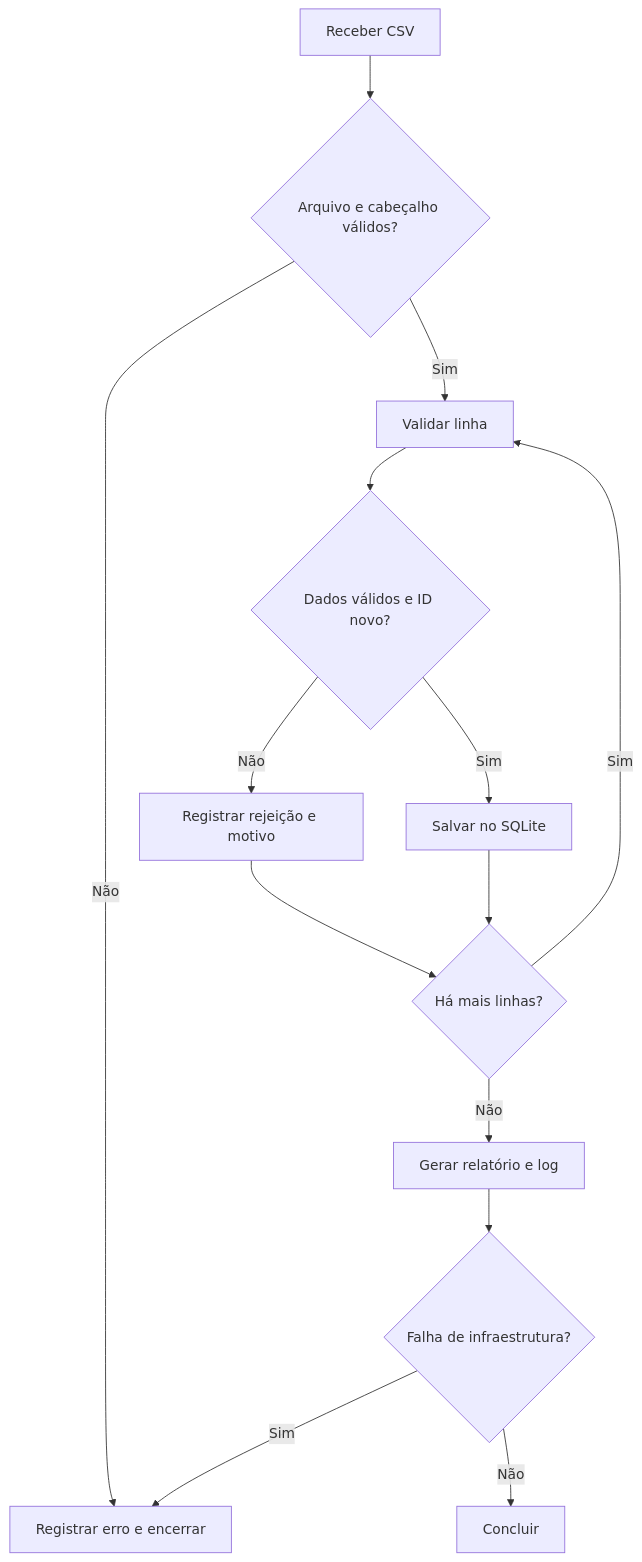
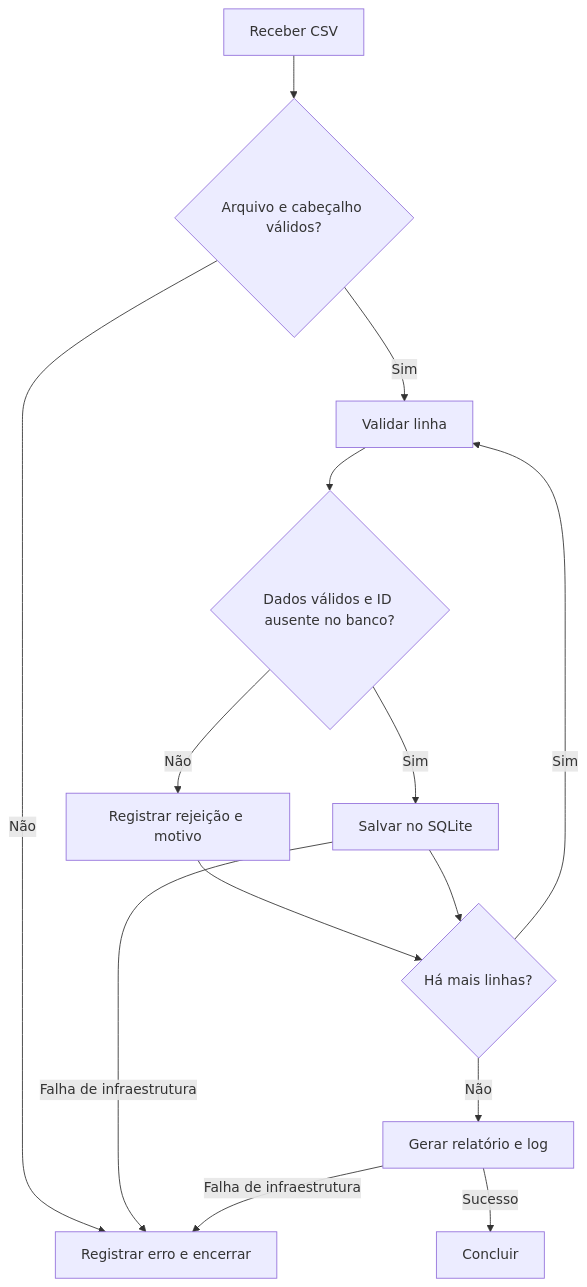
One commit to gabriel-logan/teste_rpa_vintertech changed the diagram in README.md. Above: the diagram before and after it, drawn with Mermaid. The commit also changed other lines of this file and 5 other files, not shown here.

````diff
--- a/README.md
+++ b/README.md
@@ -52,16 +58,16 @@
 ```mermaid
 flowchart TD
     A[Receber CSV] --> B{Arquivo e cabeçalho válidos?}
     B -- Não --> X[Registrar erro e encerrar]
     B -- Sim --> C[Validar linha]
-    C --> D{Dados válidos e ID novo?}
+    C --> D{Dados válidos e ID ausente no banco?}
     D -- Não --> E[Registrar rejeição e motivo]
     D -- Sim --> F[Salvar no SQLite]
+    F -- Falha de infraestrutura --> X
     E --> G{Há mais linhas?}
     F --> G
     G -- Sim --> C
     G -- Não --> H[Gerar relatório e log]
-    H --> I{Falha de infraestrutura?}
-    I -- Sim --> X
-    I -- Não --> J[Concluir]
+    H -- Falha de infraestrutura --> X
+    H -- Sucesso --> J[Concluir]
 ```
````
